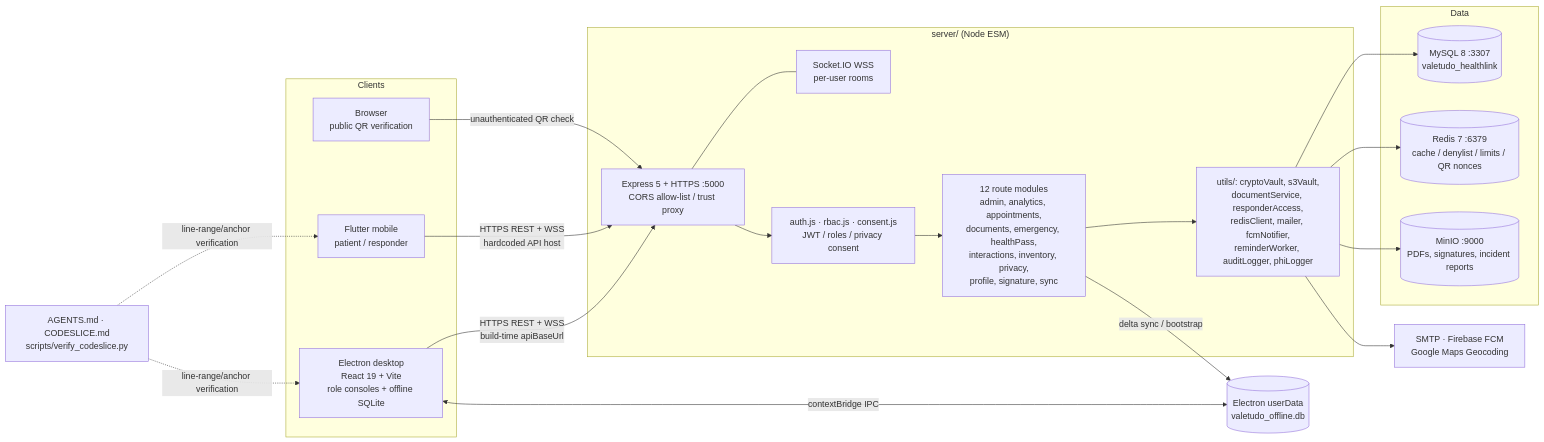
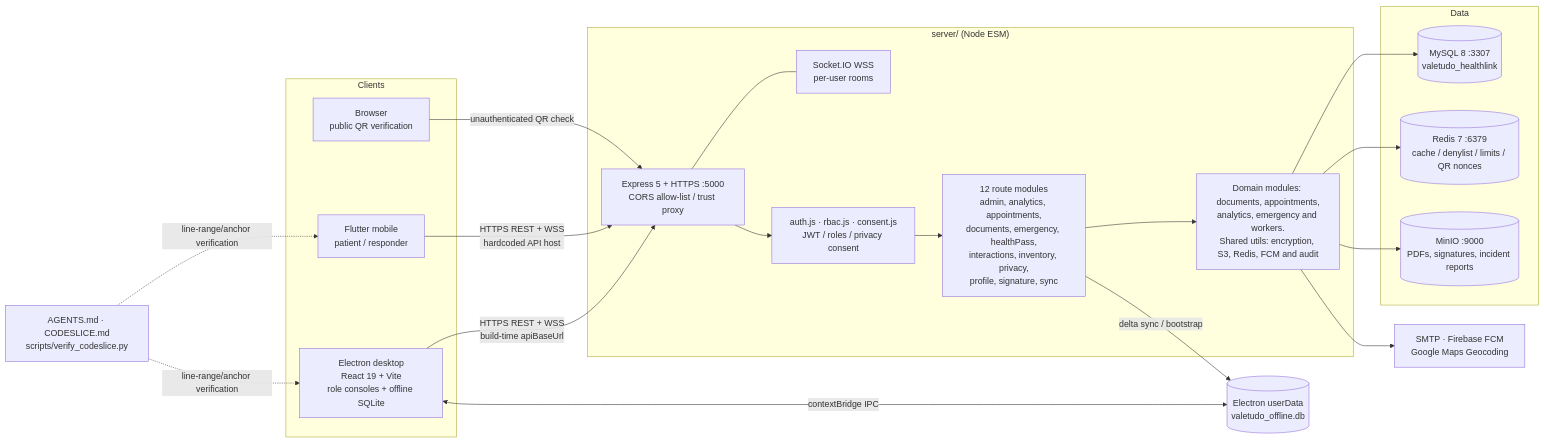
Before and after one commit to KaynX64/AbsoluteDogshit: the diagram in README-parts/README-03.md, drawn with Mermaid. The commit also changed 122 other files, not shown here.

````diff
--- a/README-parts/README-03.md
+++ b/README-parts/README-03.md
@@ -30,40 +30,40 @@
 ```mermaid
 flowchart LR
   subgraph Clients
     D["Electron desktop<br/>React 19 + Vite<br/>role consoles + offline SQLite"]
     M["Flutter mobile<br/>patient / responder"]
     V["Browser<br/>public QR verification"]
   end
 
   subgraph API["server/ (Node ESM)"]
     E["Express 5 + HTTPS :5000<br/>CORS allow-list / trust proxy"]
     S["Socket.IO WSS<br/>per-user rooms"]
     A["auth.js · rbac.js · consent.js<br/>JWT / roles / privacy consent"]
     R["12 route modules<br/>admin, analytics, appointments,<br/>documents, emergency, healthPass,<br/>interactions, inventory, privacy,<br/>profile, signature, sync"]
-    U["utils/: cryptoVault, s3Vault,<br/>documentService, responderAccess,<br/>redisClient, mailer, fcmNotifier,<br/>reminderWorker, auditLogger, phiLogger"]
+    U["Domain modules: documents, appointments,<br/>analytics, emergency and workers.<br/>Shared utils: encryption, S3, Redis, FCM and audit"]
   end
 
   subgraph Data
     MY[("MySQL 8 :3307<br/>valetudo_healthlink")]
     RD[("Redis 7 :6379<br/>cache / denylist / limits / QR nonces")]
     MN[("MinIO :9000<br/>PDFs, signatures, incident reports")]
   end
 
   X["SMTP · Firebase FCM<br/>Google Maps Geocoding"]
   L[("Electron userData<br/>valetudo_offline.db")]
   DOCS["AGENTS.md · CODESLICE.md<br/>scripts/verify_codeslice.py"]
 
   D -->|"HTTPS REST + WSS<br/>build-time apiBaseUrl"| E
   M -->|"HTTPS REST + WSS<br/>hardcoded API host"| E
   V -->|"unauthenticated QR check"| E
   D <-->|"contextBridge IPC"| L
   E --- S
   E --> A --> R --> U
   U --> MY
   U --> RD
   U --> MN
   U --> X
   R -->|"delta sync / bootstrap"| L
   DOCS -.->|"line-range/anchor verification"| D
   DOCS -.->|"line-range/anchor verification"| M
 ```
````
